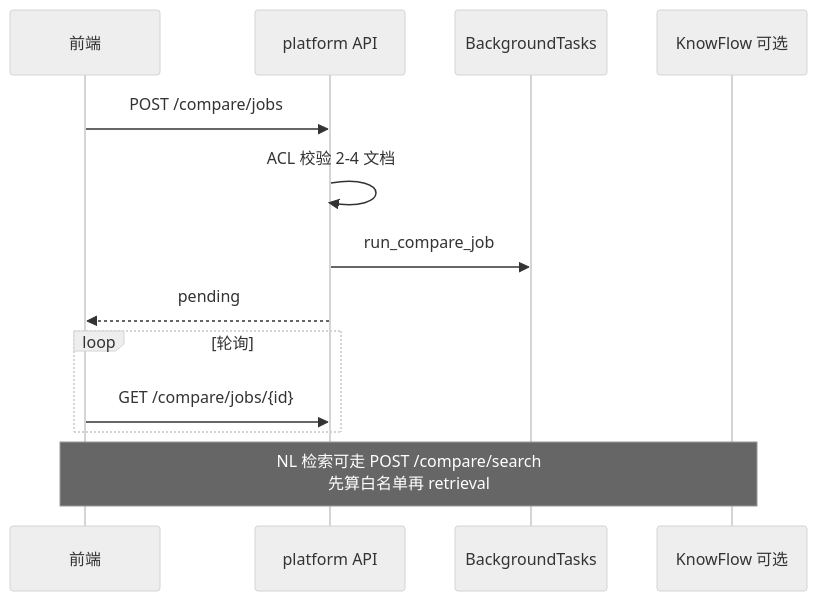
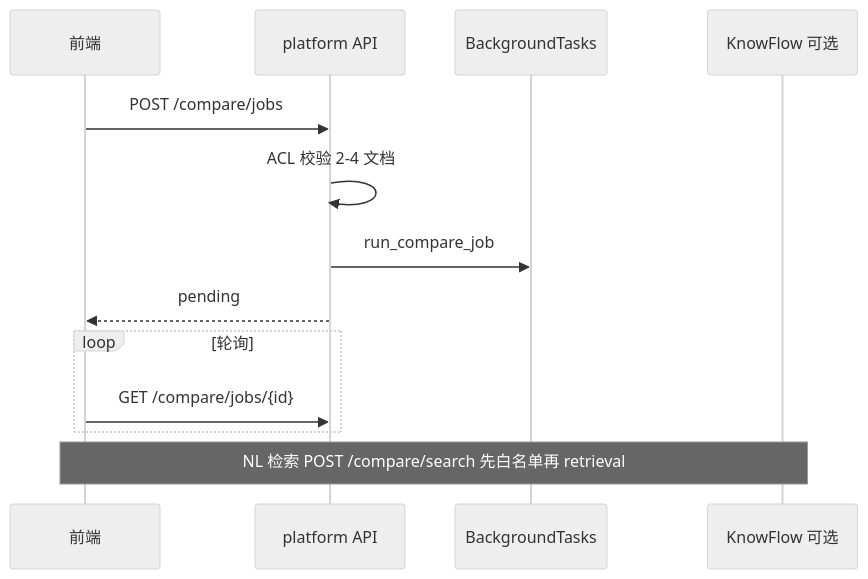
Before and after one commit to zhibinQiu/benxi: diagram 14 of 16 in docs/zh/development/system-architecture-overview.md, drawn with Mermaid (neutral theme). The commit also changed other lines of this file and 338 other files, not shown here.

````diff
--- a/docs/zh/development/system-architecture-overview.md
+++ b/docs/zh/development/system-architecture-overview.md
@@ -420,16 +420,16 @@
 ```mermaid
 sequenceDiagram
   participant FE as 前端
   participant API as platform API
   participant BG as BackgroundTasks
   participant KF as KnowFlow 可选
 
   FE->>API: POST /compare/jobs
   API->>API: ACL 校验 2-4 文档
   API->>BG: run_compare_job
   API-->>FE: pending
   loop 轮询
     FE->>API: GET /compare/jobs/{id}
   end
-  Note over FE,KF: NL 检索可走 POST /compare/search<br/>先算白名单再 retrieval
+  Note over FE,KF: NL 检索 POST /compare/search 先白名单再 retrieval
 ```
````
